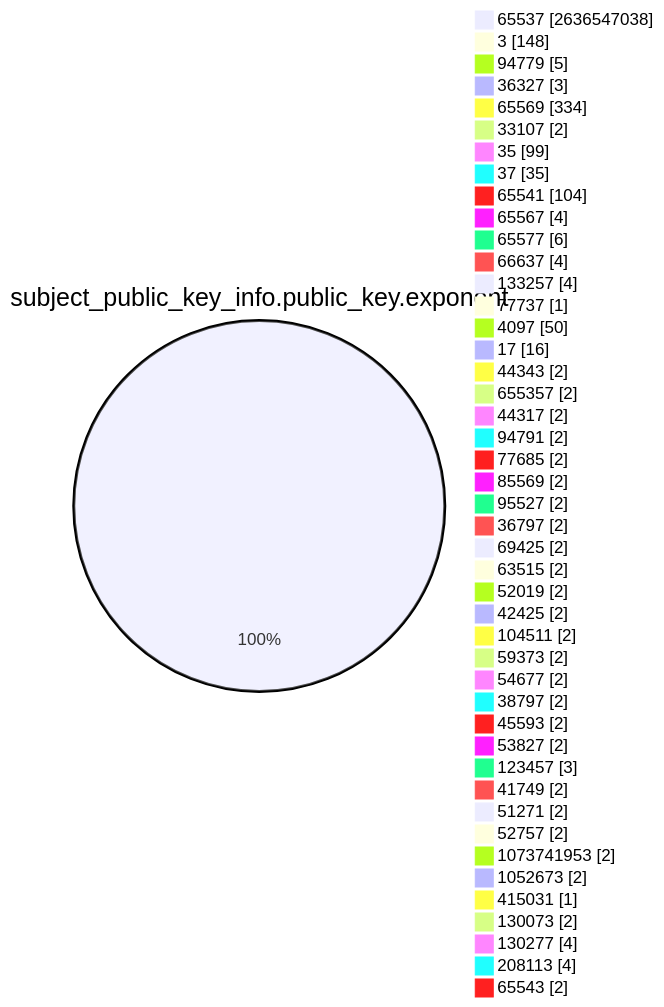
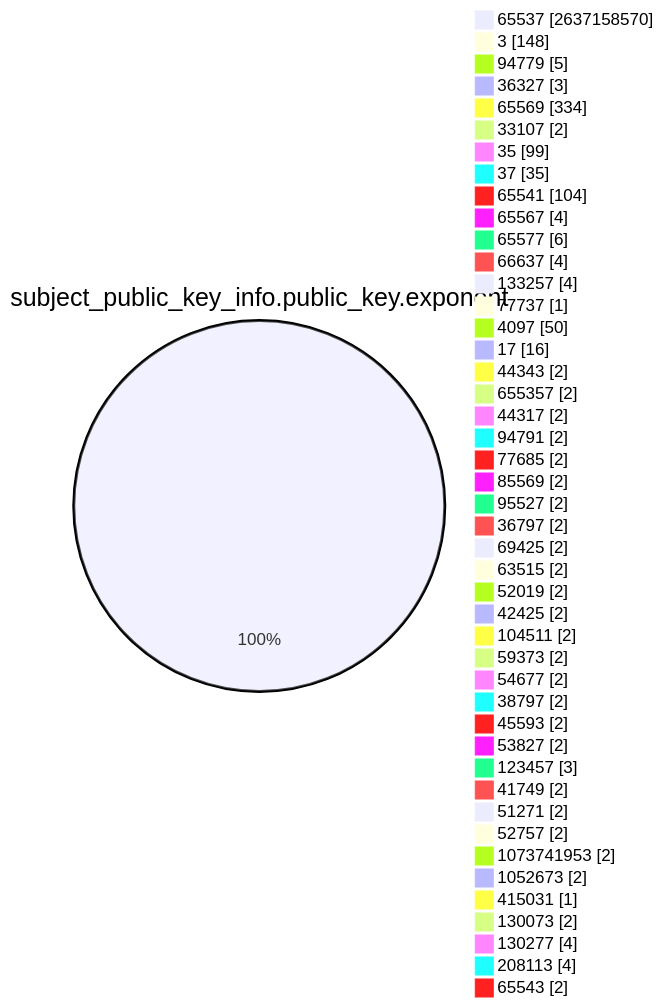
The fourth of 15 diagrams in TOTAL/README.md (christiankrug/ctmonitor_visualization), drawn with Mermaid before and after one commit. The commit also changed other lines of this file, not shown here.

````diff
--- a/TOTAL/README.md
+++ b/TOTAL/README.md
@@ -1467,49 +1467,49 @@
 ```mermaid
 pie showData
 title subject_public_key_info.public_key.exponent
-"65537" :2636547038
+"65537" :2637158570
 "3" :148
 "94779" :5
 "36327" :3
 "65569" :334
 "33107" :2
 "35" :99
 "37" :35
 "65541" :104
 "65567" :4
 "65577" :6
 "66637" :4
 "133257" :4
 "77737" :1
 "4097" :50
 "17" :16
 "44343" :2
 "655357" :2
 "44317" :2
 "94791" :2
 "77685" :2
 "85569" :2
 "95527" :2
 "36797" :2
 "69425" :2
 "63515" :2
 "52019" :2
 "42425" :2
 "104511" :2
 "59373" :2
 "54677" :2
 "38797" :2
 "45593" :2
 "53827" :2
 "123457" :3
 "41749" :2
 "51271" :2
 "52757" :2
 "1073741953" :2
 "1052673" :2
 "415031" :1
 "130073" :2
 "130277" :4
 "208113" :4
 "65543" :2
 ```
````
